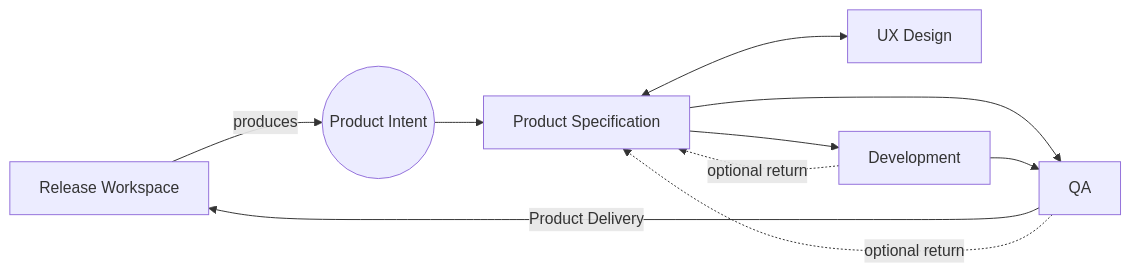
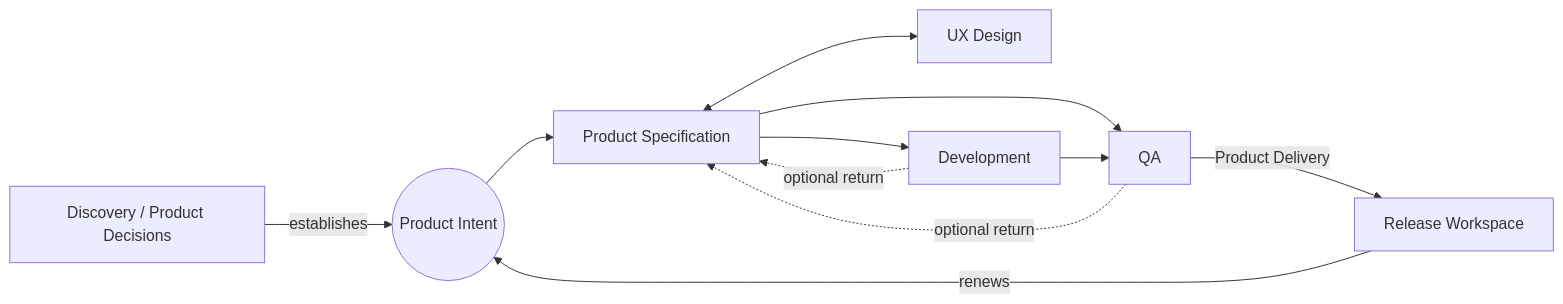
Before and after one commit to gramki/temp-website: the diagram in foundry/ace/product-evolution-cycle.md, drawn with Mermaid. The commit also changed other lines of this file and 44 other files, not shown here.

Commit message:
[SPE-2586] docs(foundry): define Product Intent bridge entity

````diff
--- a/foundry/ace/product-evolution-cycle.md
+++ b/foundry/ace/product-evolution-cycle.md
@@ -9,12 +9,13 @@
 ```mermaid
 flowchart LR
-  Release[Release Workspace] -- produces --> Intent((Product Intent))
+  Discovery[Discovery / Product Decisions] -- establishes --> Intent((Product Intent))
+  Release[Release Workspace] -- renews --> Intent
   Intent --> Spec[Product Specification]
   Spec <--> UX[UX Design]
   Spec --> Dev[Development]
   Spec --> QA[QA]
   Dev --> QA
   QA -- Product Delivery --> Release
   Dev -. optional return .-> Spec
   QA -. optional return .-> Spec
 ```
````
